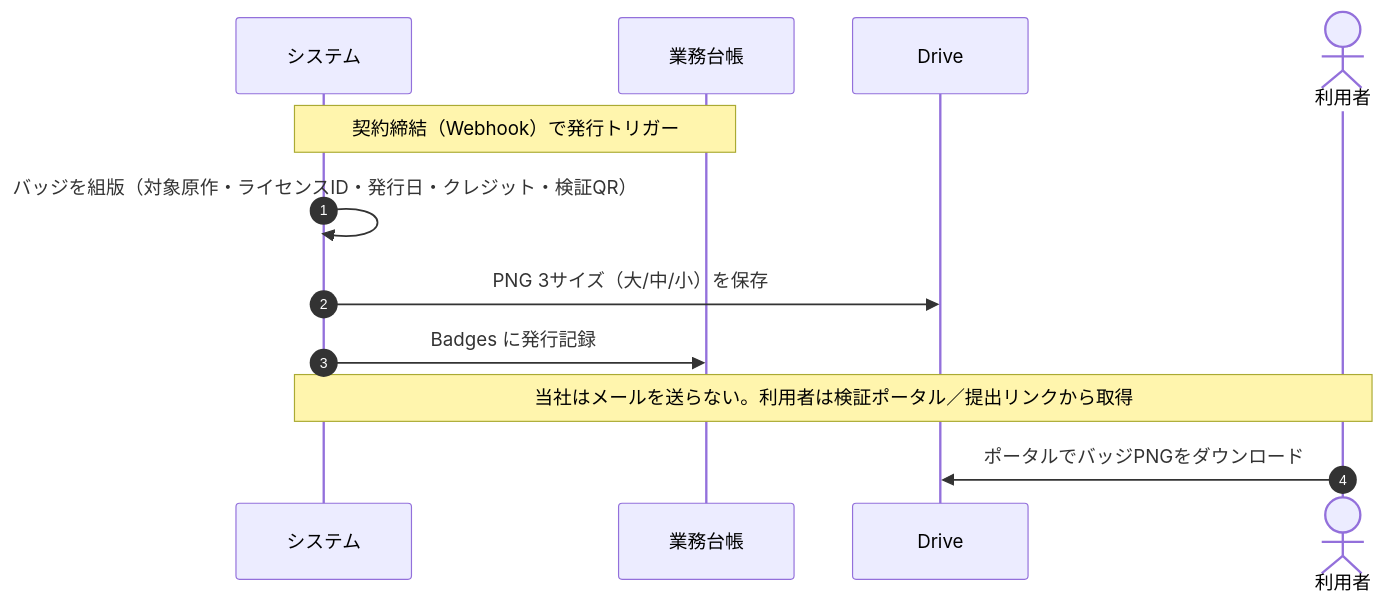
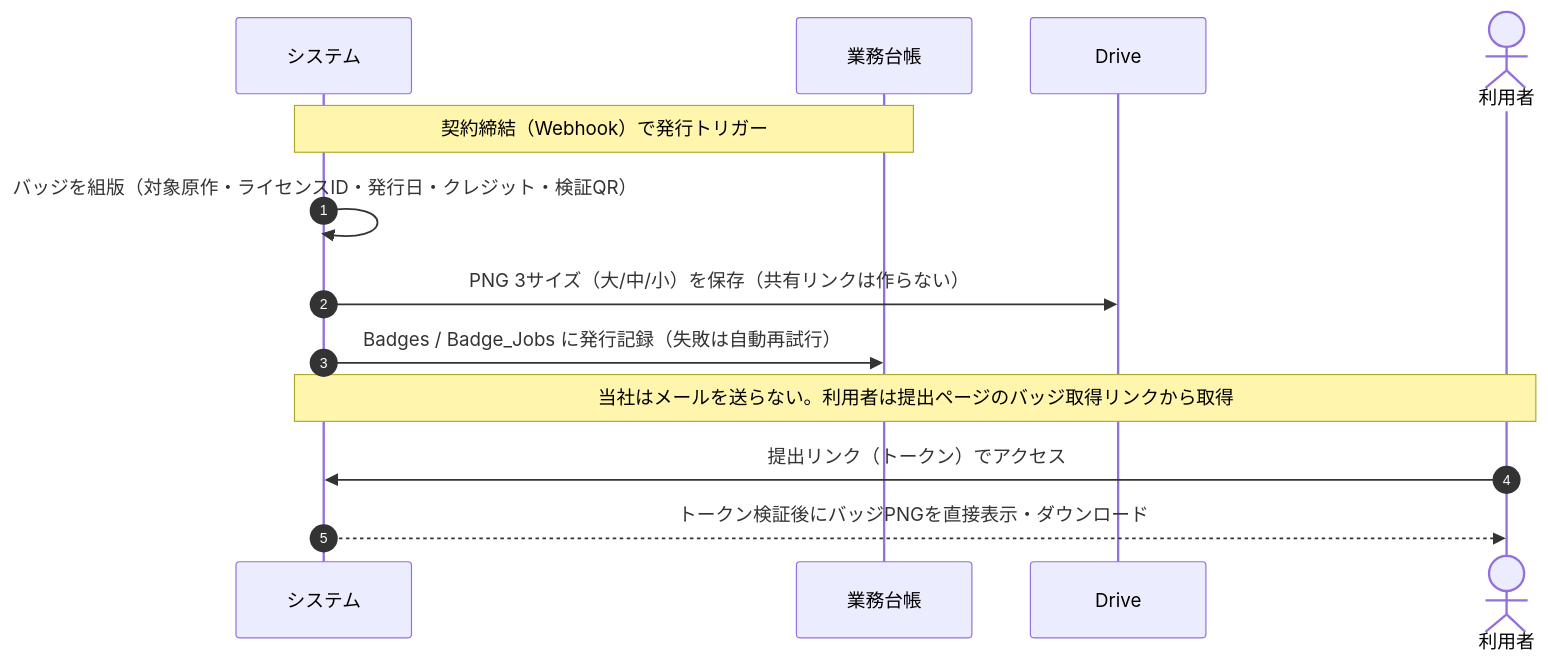
Before and after one commit to tatsuyakuramchi/SPLL: the sixth of 8 diagrams in docs/SPLL_業務フロー確認資料_v0.1.md, drawn with Mermaid. The commit also changed other lines of this file and 7 other files, not shown here.

````diff
--- a/docs/SPLL_業務フロー確認資料_v0.1.md
+++ b/docs/SPLL_業務フロー確認資料_v0.1.md
@@ -247,14 +251,15 @@
 ```mermaid
 sequenceDiagram
   autonumber
   participant SYS as システム
   participant DB as 業務台帳
   participant DR as Drive
   actor U as 利用者
   Note over SYS,DB: 契約締結（Webhook）で発行トリガー
   SYS->>SYS: バッジを組版（対象原作・ライセンスID・発行日・クレジット・検証QR）
-  SYS->>DR: PNG 3サイズ（大/中/小）を保存
-  SYS->>DB: Badges に発行記録
-  Note over SYS,U: 当社はメールを送らない。利用者は検証ポータル／提出リンクから取得
-  U->>DR: ポータルでバッジPNGをダウンロード
+  SYS->>DR: PNG 3サイズ（大/中/小）を保存（共有リンクは作らない）
+  SYS->>DB: Badges / Badge_Jobs に発行記録（失敗は自動再試行）
+  Note over SYS,U: 当社はメールを送らない。利用者は提出ページのバッジ取得リンクから取得
+  U->>SYS: 提出リンク（トークン）でアクセス
+  SYS-->>U: トークン検証後にバッジPNGを直接表示・ダウンロード
 ```
````
